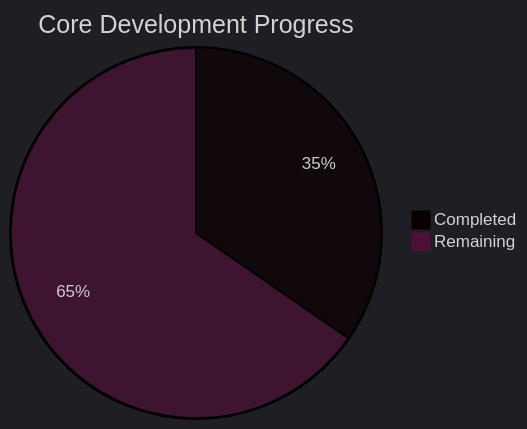
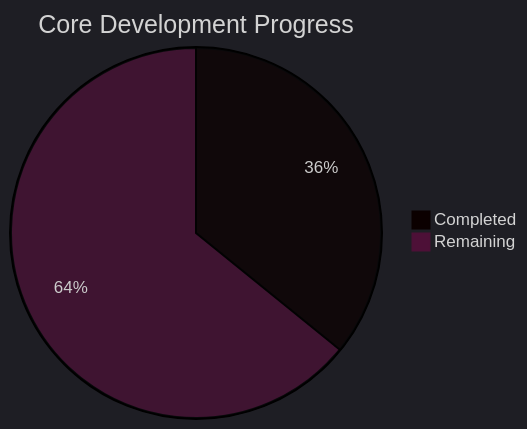
Before and after one commit to Neogleamz/SK8Lytz: the first of 5 diagrams in tools/SK8Lytz_Bucket_List.md, drawn with Mermaid. The commit also changed other lines of this file and 4 other files, not shown here.

````diff
--- a/tools/SK8Lytz_Bucket_List.md
+++ b/tools/SK8Lytz_Bucket_List.md
@@ -9,6 +9,6 @@
 ```mermaid
 %%{init: {'theme': 'dark'}}%%
 pie title Core Development Progress
-  "Completed" : 18
+  "Completed" : 19
   "Remaining" : 34
 ```
````
